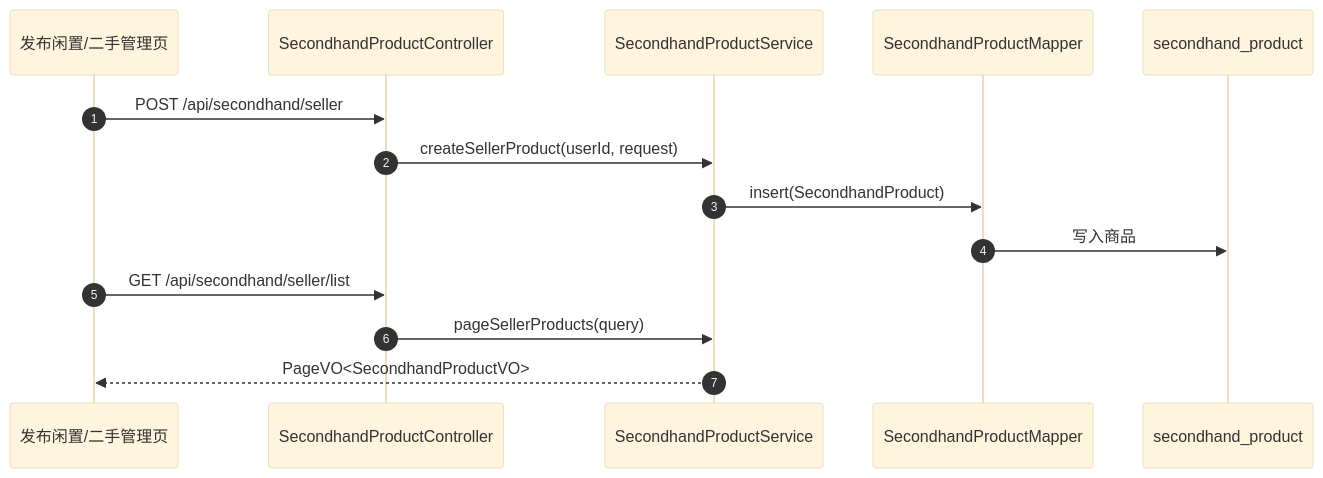
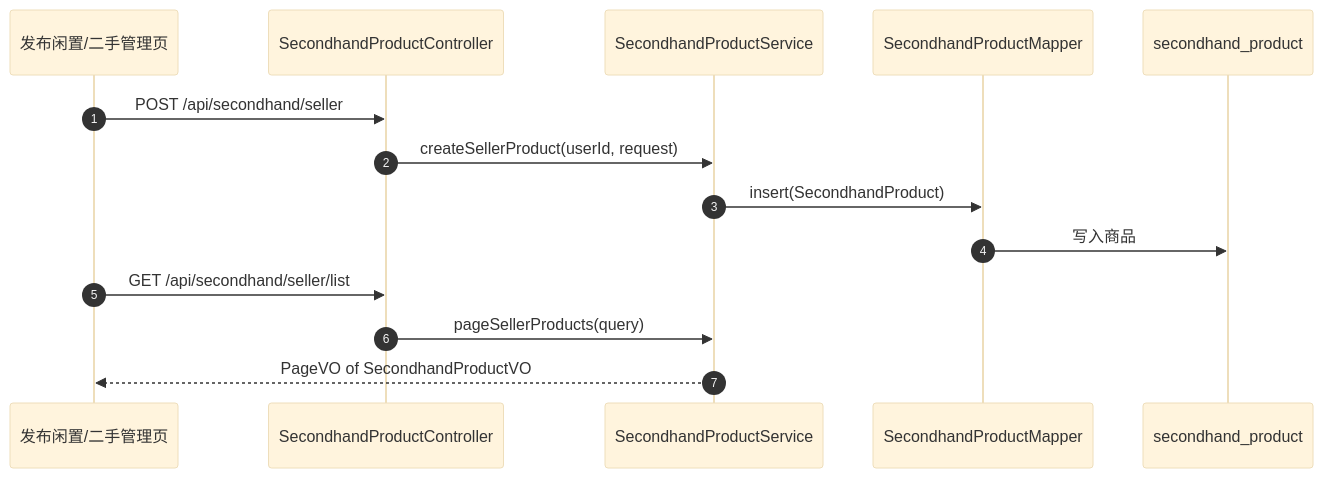
Diagram 17 of 26 in 02_docs/specifications/software-architecture-design.md (Isabella-Apus/SEGroup8), drawn with Mermaid (base theme) before and after one commit. The commit also changed 7 other files, not shown here.

````diff
--- a/02_docs/specifications/software-architecture-design.md
+++ b/02_docs/specifications/software-architecture-design.md
@@ -377,16 +377,16 @@
 ```mermaid
 sequenceDiagram
   autonumber
   participant UI as 发布闲置/二手管理页
   participant API as SecondhandProductController
   participant Svc as SecondhandProductService
   participant Mapper as SecondhandProductMapper
   participant DB as secondhand_product
   UI->>API: POST /api/secondhand/seller
   API->>Svc: createSellerProduct(userId, request)
   Svc->>Mapper: insert(SecondhandProduct)
   Mapper->>DB: 写入商品
   UI->>API: GET /api/secondhand/seller/list
   API->>Svc: pageSellerProducts(query)
-  Svc-->>UI: PageVO<SecondhandProductVO>
+  Svc-->>UI: PageVO of SecondhandProductVO
 ```
````
